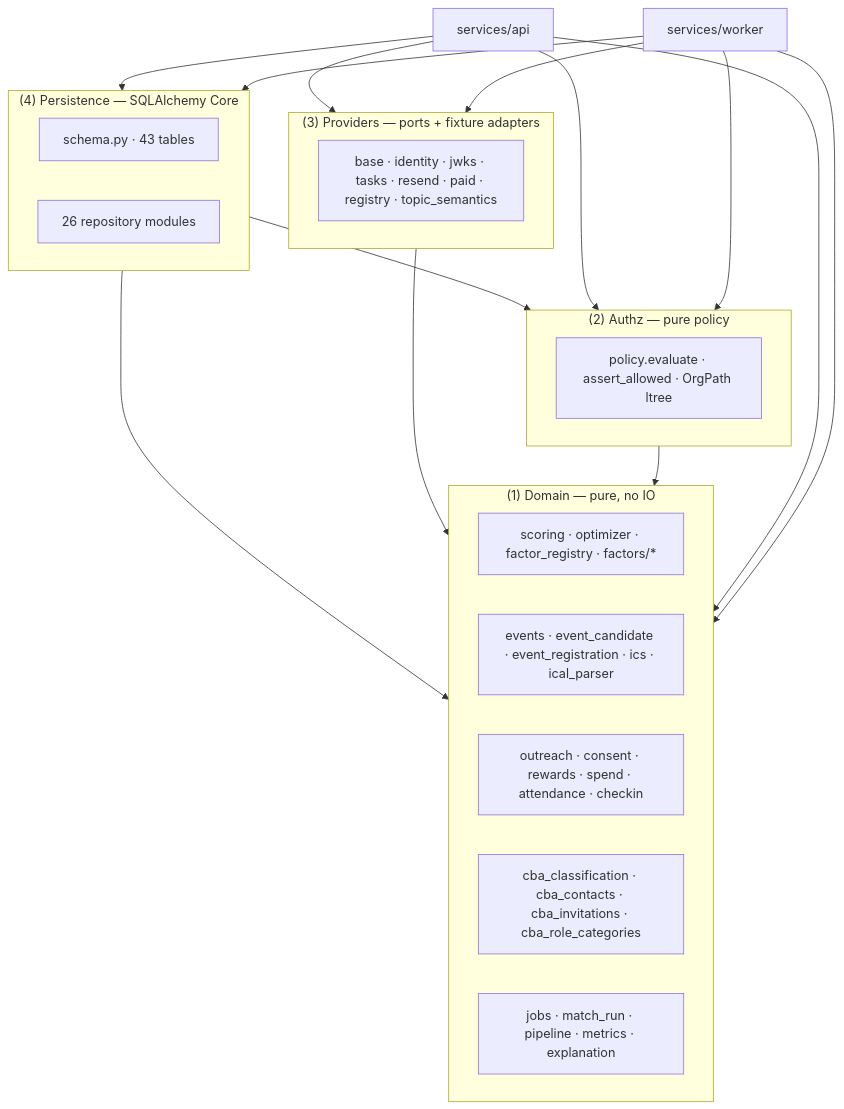
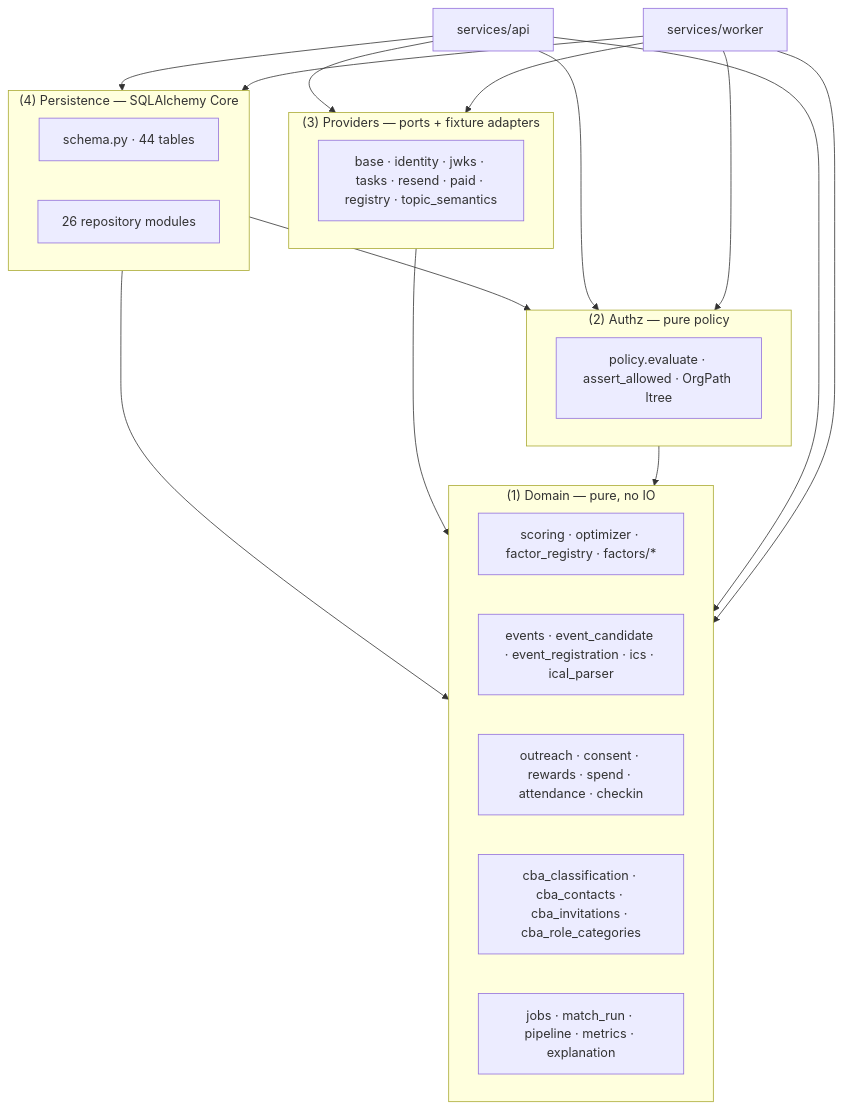
Before and after one commit to IA-Smart-Match/IA-Smart-Match-Revamped: the fourth of 5 diagrams in docs/architecture/current-system-topology.md, drawn with Mermaid. The commit also changed 6 other files, not shown here.

First line of the commit message:
docs(architecture): correct the table count, and record the baseline drift

````diff
--- a/docs/architecture/current-system-topology.md
+++ b/docs/architecture/current-system-topology.md
@@ -205,26 +205,26 @@
 ```mermaid
 flowchart TB
     subgraph L1["(1) Domain — pure, no IO"]
         SC[scoring · optimizer · factor_registry · factors/*]
         EV[events · event_candidate · event_registration · ics · ical_parser]
         OU[outreach · consent · rewards · spend · attendance · checkin]
         CBA[cba_classification · cba_contacts · cba_invitations · cba_role_categories]
         JB[jobs · match_run · pipeline · metrics · explanation]
     end
     subgraph L2["(2) Authz — pure policy"]
         PZ[policy.evaluate · assert_allowed · OrgPath ltree]
     end
     subgraph L3["(3) Providers — ports + fixture adapters"]
         PR[base · identity · jwks · tasks · resend · paid · registry · topic_semantics]
     end
     subgraph L4["(4) Persistence — SQLAlchemy Core"]
-        PS[schema.py · 43 tables]
+        PS[schema.py · 44 tables]
         RP[26 repository modules]
     end
     L4 --> L1
     L4 --> L2
     L3 --> L1
     L2 --> L1
     API[services/api] --> L1 & L2 & L3 & L4
     WKR[services/worker] --> L1 & L2 & L3 & L4
 ```
````
